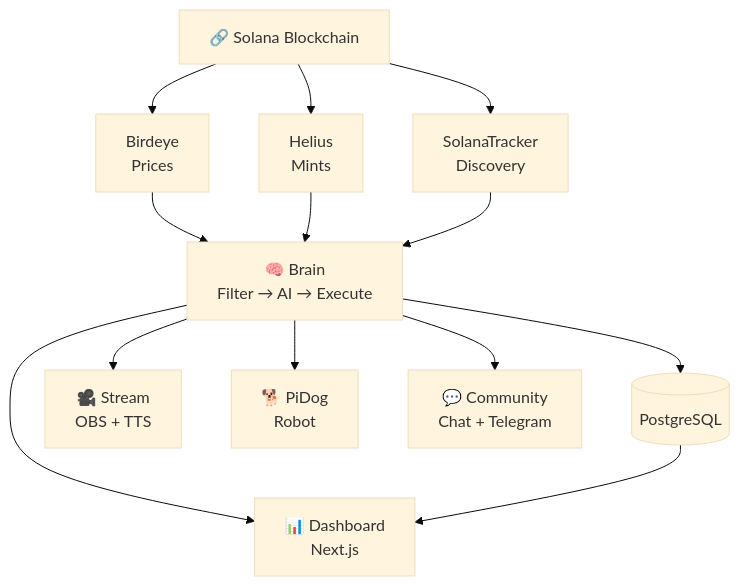
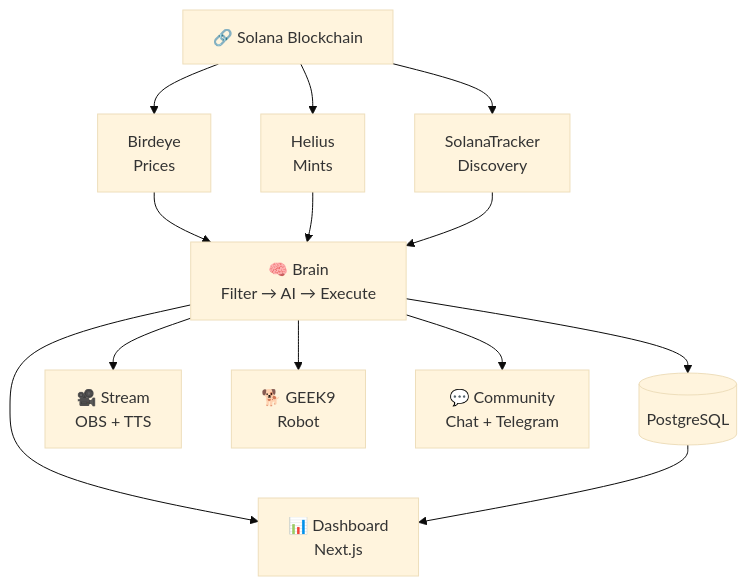
One commit to Geek9Robot/grok-pidog-project changed the fifth of 5 diagrams in README.md. Above: the diagram before and after it, drawn with Mermaid (base theme). The commit also changed other lines of this file, not shown here.

````diff
--- a/README.md
+++ b/README.md
@@ -247,18 +247,18 @@
 ```mermaid
 graph TD
     SOL[🔗 Solana Blockchain]
 
     SOL --> BE[Birdeye<br/>Prices]
     SOL --> HL[Helius<br/>Mints]
     SOL --> ST[SolanaTracker<br/>Discovery]
 
     BE & HL & ST --> BRAIN[🧠 Brain<br/>Filter → AI → Execute]
 
     BRAIN --> PG[(PostgreSQL)]
     BRAIN --> DASH[📊 Dashboard<br/>Next.js]
     BRAIN --> STREAM[🎥 Stream<br/>OBS + TTS]
-    BRAIN --> DOG[🐕 PiDog<br/>Robot]
+    BRAIN --> DOG[🐕 GEEK9<br/>Robot]
     BRAIN --> CHAT[💬 Community<br/>Chat + Telegram]
 
     PG --> DASH
 ```
````
